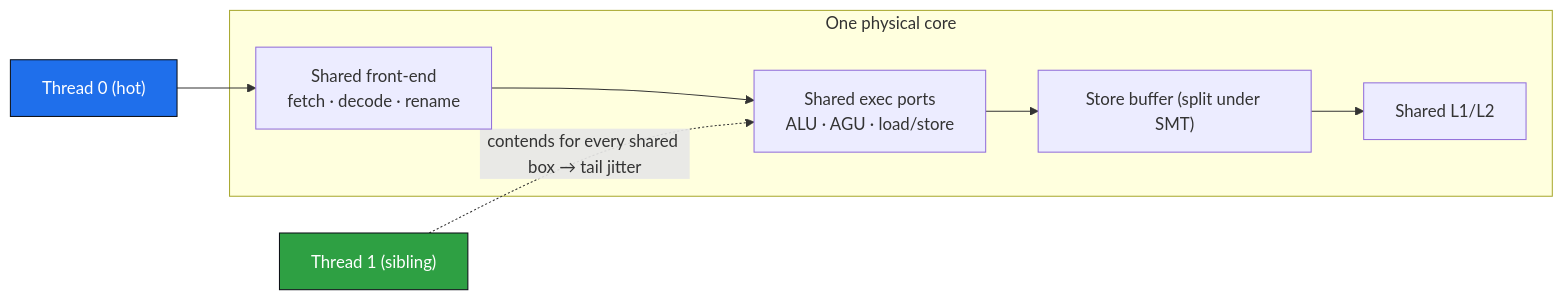
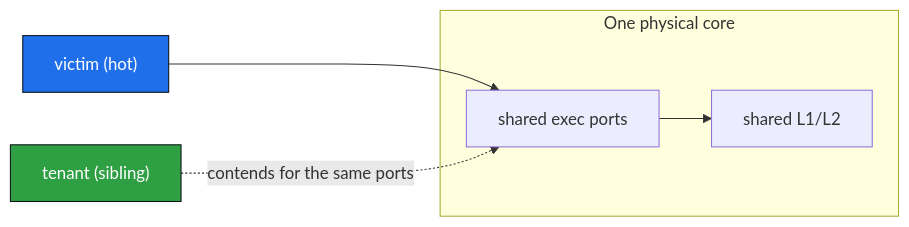
One commit to mattyv/SMT-IPC changed the second of 2 diagrams in README.md. Above: the diagram before and after it, drawn with Mermaid. The commit also changed other lines of this file and 1 other file, not shown here.

````diff
--- a/README.md
+++ b/README.md
@@ -82,17 +84,15 @@
 ```mermaid
 flowchart LR
-  T0["Thread 0 (hot)"]
-  T1["Thread 1 (sibling)"]
+  T0["victim (hot)"]
+  T1["tenant (sibling)"]
   subgraph CORE["One physical core"]
-    FE["Shared front-end<br/>fetch · decode · rename"]
-    PORTS["Shared exec ports<br/>ALU · AGU · load/store"]
-    SB["Store buffer (split under SMT)"]
-    L1L2["Shared L1/L2"]
-    FE --> PORTS --> SB --> L1L2
+    PORTS["shared exec ports"]
+    L1L2["shared L1/L2"]
+    PORTS --> L1L2
   end
-  T0 --> FE
-  T1 -. "contends for every shared box → tail jitter" .-> PORTS
+  T0 --> PORTS
+  T1 -. "contends for the same ports" .-> PORTS
   classDef hot fill:#1f6feb,color:#fff,stroke:#0d1117;
   classDef sib fill:#2ea043,color:#fff,stroke:#0d1117;
   class T0 hot; class T1 sib;
 ```
````
